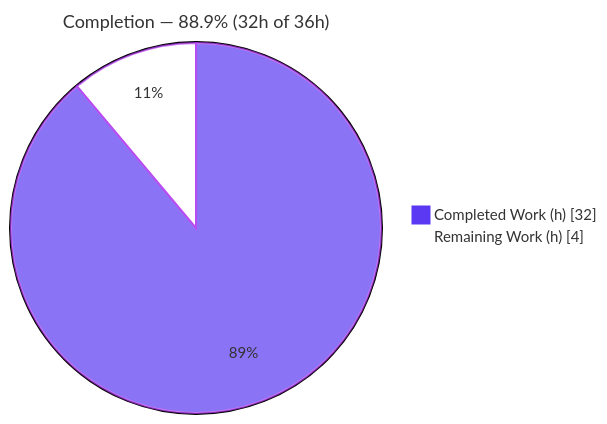
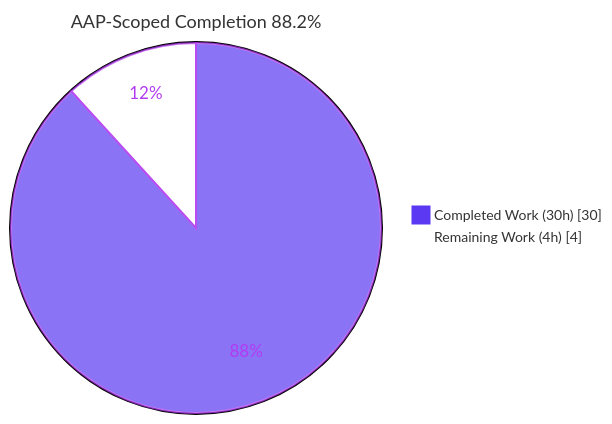
One commit to alex-blitzy-test/hot-stuff changed the first of 3 diagrams in blitzy/documentation/Project Guide.md. Above: the diagram before and after it, drawn with Mermaid. The commit also changed other lines of this file, not shown here.

Commit message:
Adding Blitzy Project Guide: Project Status and Human Tasks Remaining

````diff
--- a/blitzy/documentation/Project Guide.md
+++ b/blitzy/documentation/Project Guide.md
@@ -18,6 +16,7 @@
 ```mermaid
-%%{init: {'theme':'base', 'themeVariables': {'pie1':'#5B39F3','pie2':'#FFFFFF','pieStrokeColor':'#B23AF2','pieStrokeWidth':'2px','pieOuterStrokeWidth':'2px','pieTitleTextSize':'18px','pieSectionTextSize':'15px','pieLegendTextSize':'15px'}}}%%
-pie showData title Completion — 88.9% (32h of 36h)
-    "Completed Work (h)" : 32
-    "Remaining Work (h)" : 4
+%%{init: {'theme':'base', 'themeVariables': {'pie1':'#5B39F3','pie2':'#FFFFFF','pieStrokeColor':'#B23AF2','pieStrokeWidth':'2px','pieOuterStrokeWidth':'2px','pieTitleTextSize':'18px','pieSectionTextColor':'#B23AF2','pieLegendTextSize':'14px'}}}%%
+pie showData
+    title AAP-Scoped Completion 88.2%
+    "Completed Work (30h)" : 30
+    "Remaining Work (4h)" : 4
 ```
````
